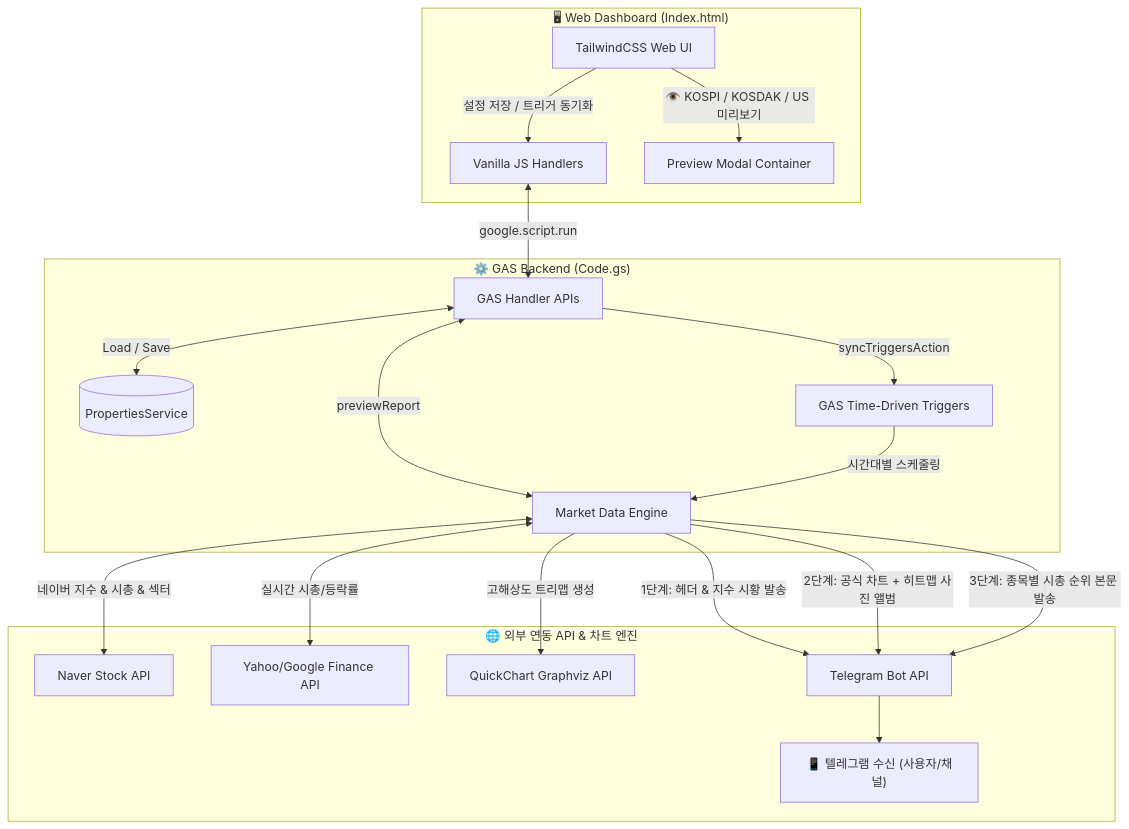
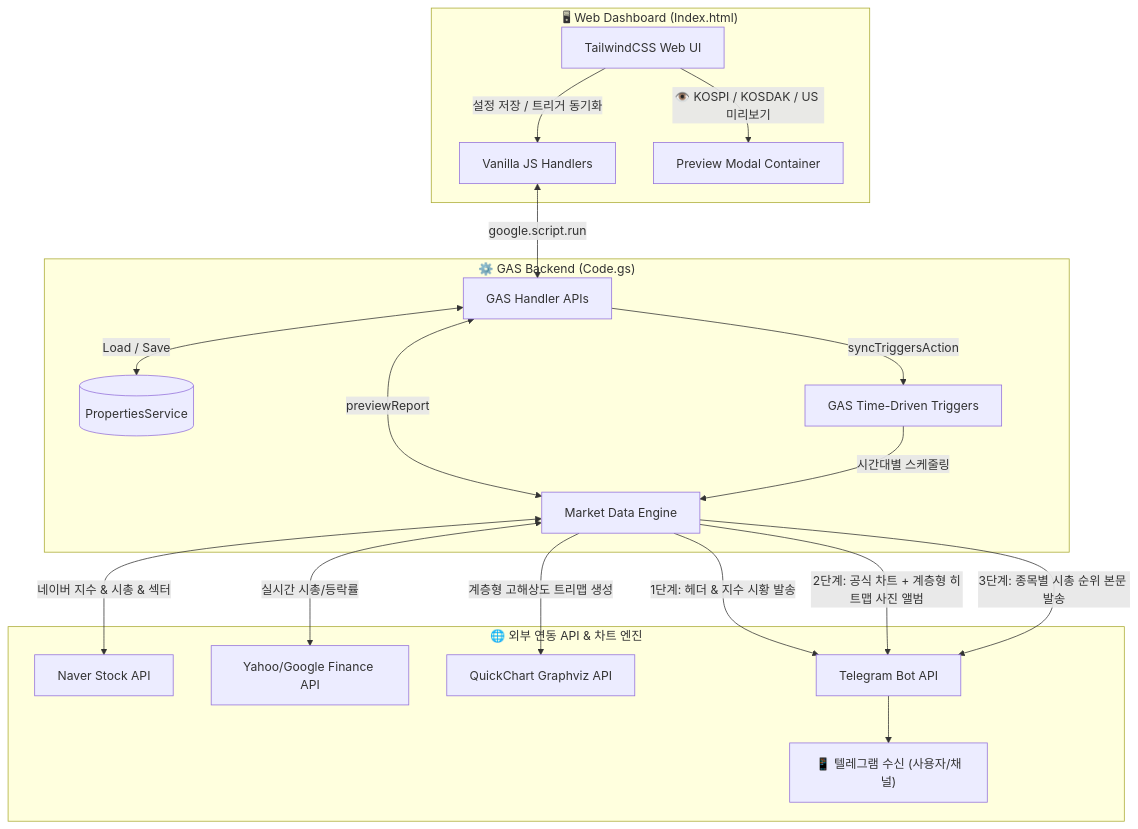
Before and after one commit to moozuknet/StockRankInfo: the diagram in README.md, drawn with Mermaid. The commit also changed other lines of this file and 6 other files, not shown here.

Commit message:
feat(docs): v3.2.0 한경/핀비즈 스타일 계층형 히트맵 엔진 구축, 굵은 종목명 폰트 최적화 및 문서/스크린샷 갱신

````diff
--- a/README.md
+++ b/README.md
@@ -72,25 +79,25 @@
 ```mermaid
 flowchart TD
     subgraph Frontend["🖥 Web Dashboard (Index.html)"]
         UI[TailwindCSS Web UI] -->|설정 저장 / 트리거 동기화| JS[Vanilla JS Handlers]
         UI -->|👁️ KOSPI / KOSDAK / US 미리보기| PreviewModal[Preview Modal Container]
     end
 
     subgraph Backend["⚙️ GAS Backend (Code.gs)"]
         JS <-->|google.script.run| API[GAS Handler APIs]
         API <-->|previewReport| Scraper[Market Data Engine]
         API <-->|Load / Save| Storage[(PropertiesService)]
         API -->|syncTriggersAction| Scheduler[GAS Time-Driven Triggers]
     end
 
     subgraph External["🌐 외부 연동 API & 차트 엔진"]
         Scheduler -->|시간대별 스케줄링| Scraper
         Scraper <-->|네이버 지수 & 시총 & 섹터| Naver[Naver Stock API]
         Scraper <-->|실시간 시총/등락률| Yahoo[Yahoo/Google Finance API]
-        Scraper -->|고해상도 트리맵 생성| QuickChart[QuickChart Graphviz API]
+        Scraper -->|계층형 고해상도 트리맵 생성| QuickChart[QuickChart Graphviz API]
         Scraper -->|1단계: 헤더 & 지수 시황 발송| Telegram[Telegram Bot API]
-        Scraper -->|2단계: 공식 차트 + 히트맵 사진 앨범| Telegram
+        Scraper -->|2단계: 공식 차트 + 계층형 히트맵 사진 앨범| Telegram
         Scraper -->|3단계: 종목별 시총 순위 본문 발송| Telegram
         Telegram --> UserDevice["📱 텔레그램 수신 (사용자/채널)"]
     end
 ```
````
